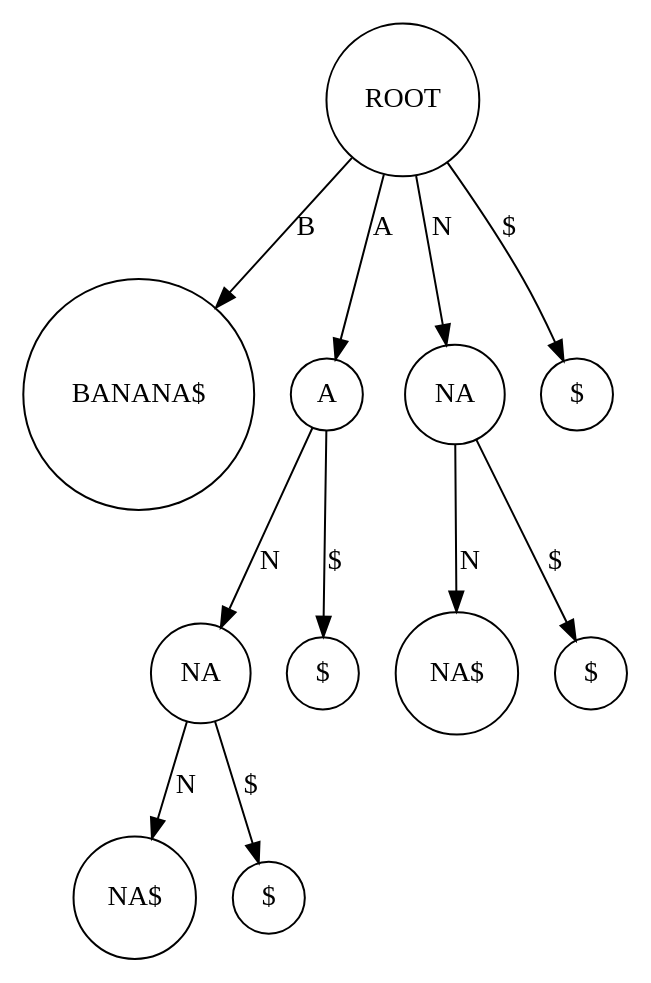
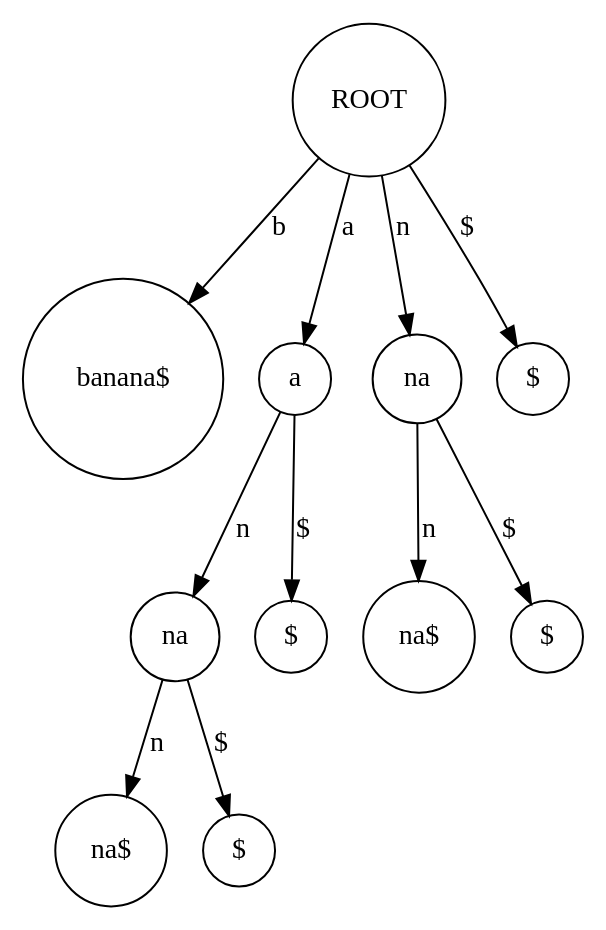
Before and after one commit to cu-compg-spring-2025/assignment-6-suffix-index-JasonHunter95: the diagram in dots/suffix_tree/BANANA.dot, drawn with Graphviz. The commit also changed 12 other files, not shown here.

```diff
--- a/dots/suffix_tree/BANANA.dot
+++ b/dots/suffix_tree/BANANA.dot
@@ -1,24 +1,24 @@
 digraph "Suffix tree" {
   node [shape=circle];
   0 [label="ROOT"];
-  0 -> 1 [ label="B" ];
-  0 -> 8 [ label="A" ];
-  0 -> 6 [ label="N" ];
+  0 -> 1 [ label="b" ];
+  0 -> 8 [ label="a" ];
+  0 -> 6 [ label="n" ];
   0 -> 10 [ label="$" ];
-  1 [label="BANANA$"];
-  2 [label="NA$"];
-  3 [label="NA$"];
-  4 [label="NA"];
-  4 -> 2 [ label="N" ];
+  1 [label="banana$"];
+  2 [label="na$"];
+  3 [label="na$"];
+  4 [label="na"];
+  4 -> 2 [ label="n" ];
   4 -> 5 [ label="$" ];
   5 [label="$"];
-  6 [label="NA"];
-  6 -> 3 [ label="N" ];
+  6 [label="na"];
+  6 -> 3 [ label="n" ];
   6 -> 7 [ label="$" ];
   7 [label="$"];
-  8 [label="A"];
-  8 -> 4 [ label="N" ];
+  8 [label="a"];
+  8 -> 4 [ label="n" ];
   8 -> 9 [ label="$" ];
   9 [label="$"];
   10 [label="$"];
 }
```
